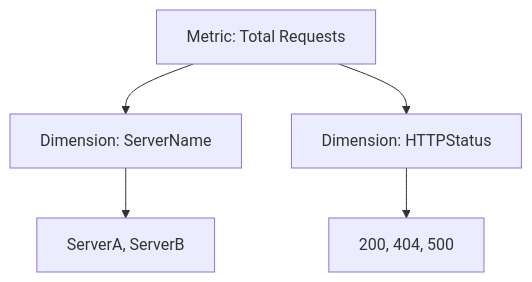
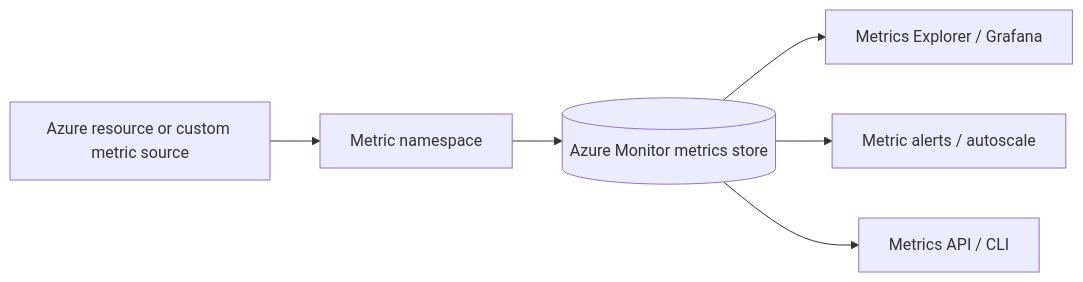
The first of 2 diagrams in docs/platform/metrics-and-dimensions.md (yeongseon/azure-monitoring-practical-guide), drawn with Mermaid before and after one commit. The commit also changed other lines of this file and 50 other files, not shown here.

````diff
--- a/docs/platform/metrics-and-dimensions.md
+++ b/docs/platform/metrics-and-dimensions.md
@@ -19,7 +7,8 @@
 ```mermaid
-graph TD
-    Metric[Metric: Total Requests] --> Dim1[Dimension: ServerName]
-    Metric --> Dim2[Dimension: HTTPStatus]
-    Dim1 --> Val1[ServerA, ServerB]
-    Dim2 --> Val2[200, 404, 500]
+flowchart LR
+    SRC[Azure resource or custom metric source] --> NS[Metric namespace]
+    NS --> STORE[(Azure Monitor metrics store)]
+    STORE --> EXP[Metrics Explorer / Grafana]
+    STORE --> ALERT[Metric alerts / autoscale]
+    STORE --> API[Metrics API / CLI]
 ```
````
